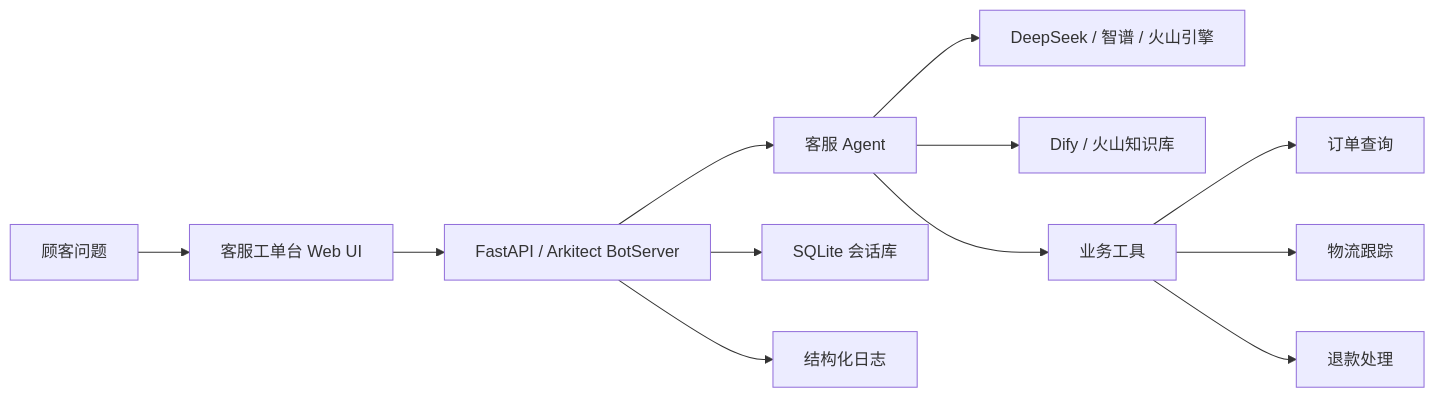
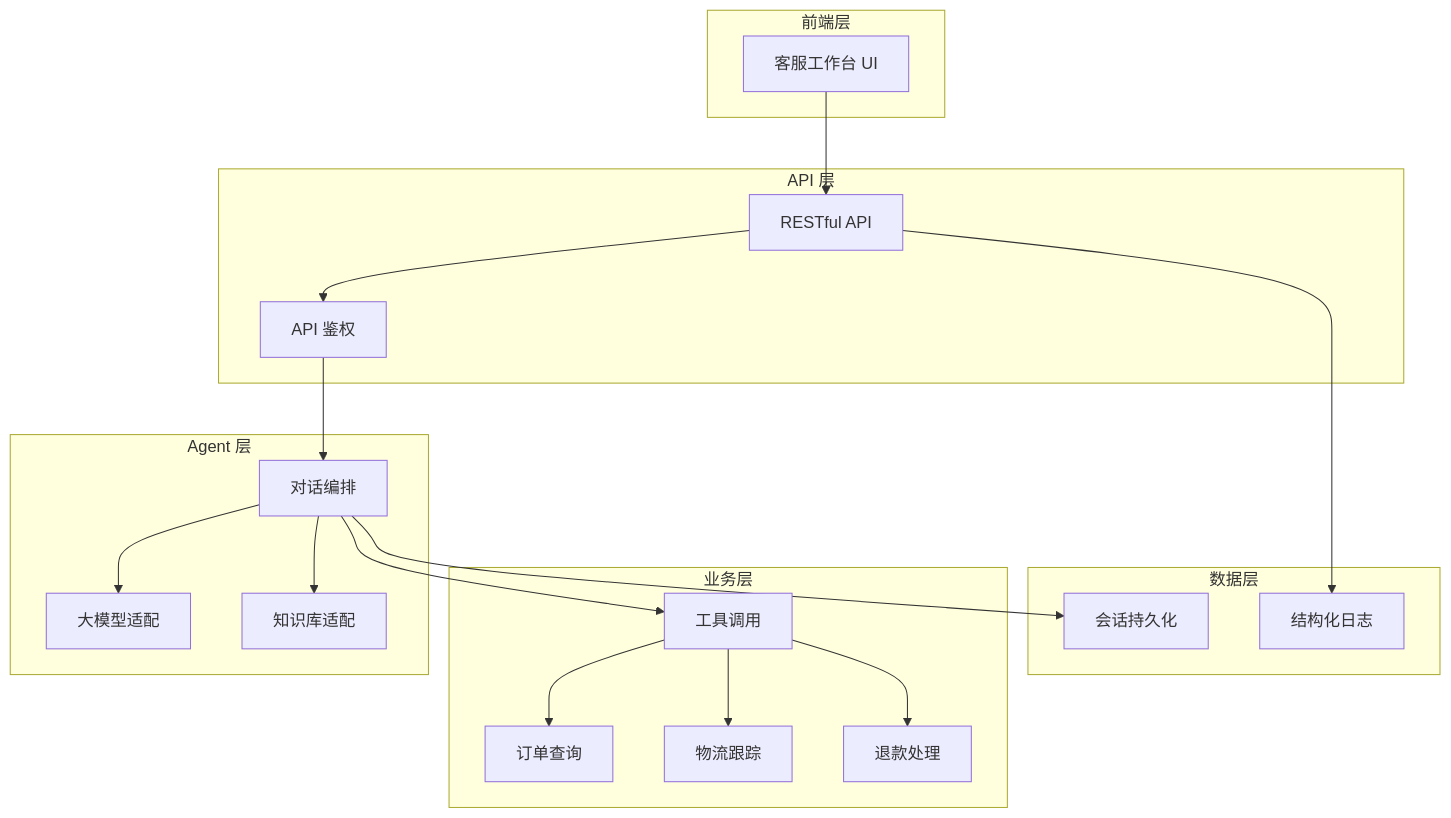
Before and after one commit to qiqiqi-max/customer-service-agent: the diagram in README.md, drawn with Mermaid. The commit also changed other lines of this file and 1 other file, not shown here.

````diff
--- a/README.md
+++ b/README.md
@@ -55,14 +27,41 @@
 ```mermaid
-flowchart LR
-  User["顾客问题"] --> UI["客服工单台 Web UI"]
-  UI --> API["FastAPI / Arkitect BotServer"]
-  API --> Agent["客服 Agent"]
-  Agent --> LLM["DeepSeek / 智谱 / 火山引擎"]
-  Agent --> KB["Dify / 火山知识库"]
-  Agent --> Tools["业务工具"]
-  Tools --> Orders["订单查询"]
-  Tools --> Tracking["物流跟踪"]
-  Tools --> Refund["退款处理"]
-  API --> Store["SQLite 会话库"]
-  API --> Logs["结构化日志"]
+flowchart TB
+  subgraph Frontend["前端层"]
+    UI["客服工作台 UI"]
+  end
+  
+  subgraph API["API 层"]
+    REST["RESTful API"]
+    Auth["API 鉴权"]
+  end
+  
+  subgraph Agent["Agent 层"]
+    Orchestrator["对话编排"]
+    LLM["大模型适配"]
+    KB["知识库适配"]
+  end
+  
+  subgraph Business["业务层"]
+    Tools["工具调用"]
+    Orders["订单查询"]
+    Tracking["物流跟踪"]
+    Refund["退款处理"]
+  end
+  
+  subgraph Data["数据层"]
+    Store["会话持久化"]
+    Logs["结构化日志"]
+  end
+  
+  UI --> REST
+  REST --> Auth
+  Auth --> Orchestrator
+  Orchestrator --> LLM
+  Orchestrator --> KB
+  Orchestrator --> Tools
+  Tools --> Orders
+  Tools --> Tracking
+  Tools --> Refund
+  Orchestrator --> Store
+  REST --> Logs
 ```
````
